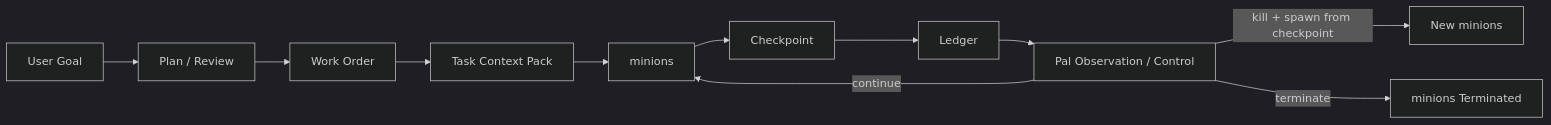
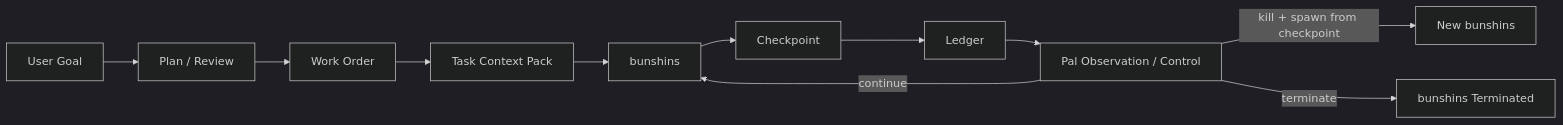
The diagram in docs/pal_tasking_contract.md (OtakuNathan/Pal), drawn with Mermaid (dark theme) before and after one commit. The commit also changed other lines of this file and 407 other files, not shown here.

````diff
--- a/docs/pal_tasking_contract.md
+++ b/docs/pal_tasking_contract.md
@@ -129,13 +129,13 @@
 ```mermaid
 flowchart LR
     GOAL["User Goal"] --> PLAN["Plan / Review"]
     PLAN --> WO["Work Order"]
     WO --> CTX["Task Context Pack"]
-    CTX --> W["minions"]
+    CTX --> W["bunshins"]
     W --> CK["Checkpoint"]
     CK --> LED["Ledger"]
     LED --> PAL["Pal Observation / Control"]
     PAL -->|continue| W
-    PAL -->|kill + spawn from checkpoint| W2["New minions"]
-    PAL -->|terminate| STOP["minions Terminated"]
+    PAL -->|kill + spawn from checkpoint| W2["New bunshins"]
+    PAL -->|terminate| STOP["bunshins Terminated"]
 ```
````
